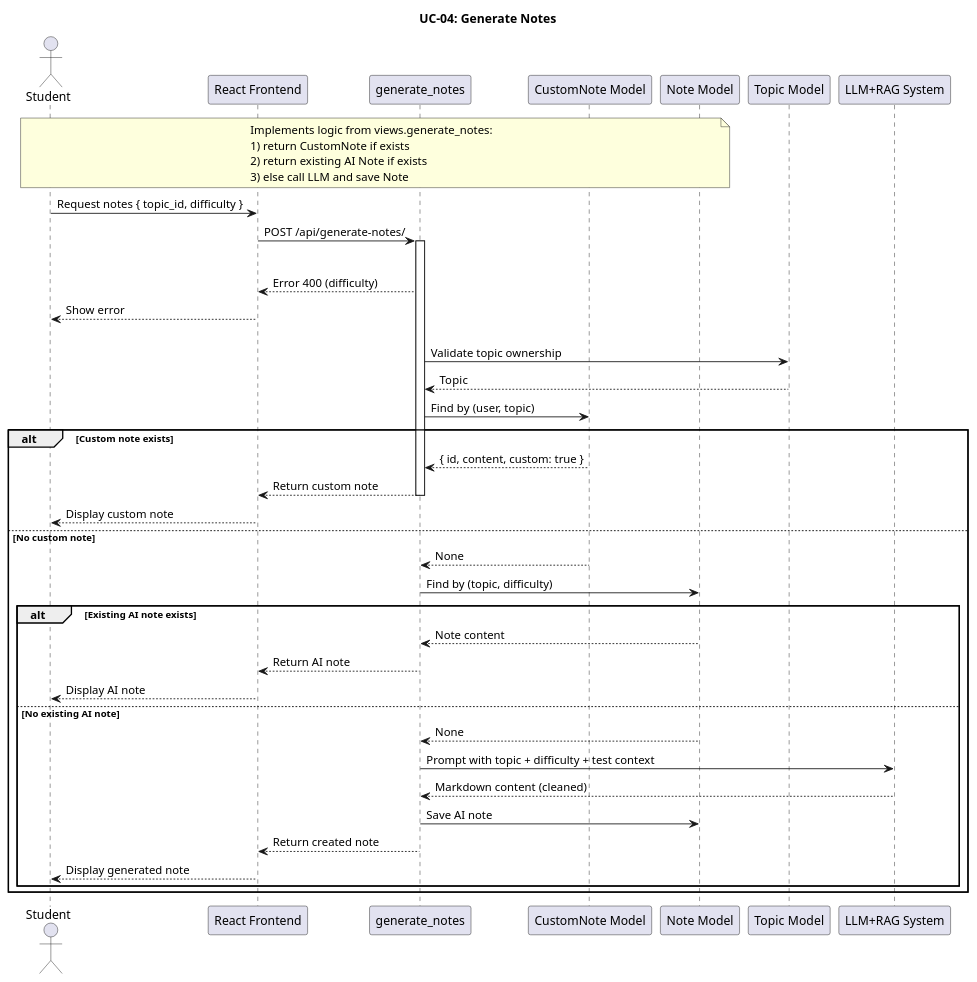
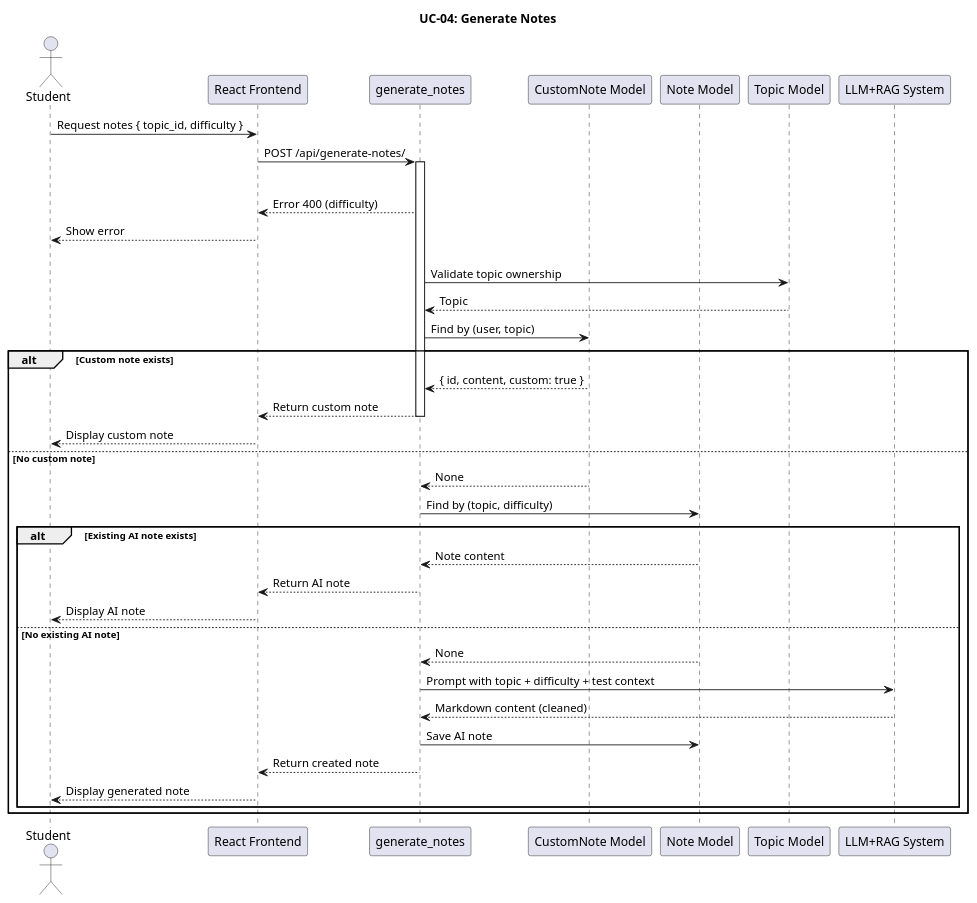
Before and after one commit to MMMustafakamran/SDs: the diagram in planttext/uc04-generate-notes.puml, drawn with PlantUML. The commit also changed 15 other files, not shown here.

```diff
--- a/planttext/uc04-generate-notes.puml
+++ b/planttext/uc04-generate-notes.puml
@@ -1,70 +1,64 @@
 @startuml
 title UC-04: Generate Notes
 
 actor Student
 participant Frontend as "React Frontend"
 participant NotesAPI as "generate_notes"
 participant CustomNote as "CustomNote Model"
 participant Note as "Note Model"
 participant Topic as "Topic Model"
 participant LLM as "LLM+RAG System"
 
-note over Student, Note
-Implements logic from views.generate_notes:
-1) return CustomNote if exists
-2) return existing AI Note if exists
-3) else call LLM and save Note
-end note
 
 '======================
 ' Request notes for a topic
 '======================
 Student -> Frontend : Request notes { topic_id, difficulty }
 Frontend -> NotesAPI : POST /api/generate-notes/
 activate NotesAPI
 
 alt Invalid difficulty
     NotesAPI --> Frontend : Error 400 (difficulty)
     Frontend --> Student : Show error
 else Valid difficulty
     NotesAPI -> Topic : Validate topic ownership
     Topic --> NotesAPI : Topic
 
 '======================
 ' Check custom note
 '======================
 NotesAPI -> CustomNote : Find by (user, topic)
 alt Custom note exists
     CustomNote --> NotesAPI : { id, content, custom: true }
     NotesAPI --> Frontend : Return custom note
     deactivate NotesAPI
     Frontend --> Student : Display custom note
 else No custom note
     CustomNote --> NotesAPI : None
 
     '======================
     ' Check existing AI note
     '======================
     NotesAPI -> Note : Find by (topic, difficulty)
     alt Existing AI note exists
         Note --> NotesAPI : Note content
         NotesAPI --> Frontend : Return AI note
         deactivate NotesAPI
         Frontend --> Student : Display AI note
     else No existing AI note
         Note --> NotesAPI : None
 
         '======================
         ' Generate via LLM
         '======================
         NotesAPI -> LLM : Prompt with topic + difficulty + test context
         LLM --> NotesAPI : Markdown content (cleaned)
         NotesAPI -> Note : Save AI note
         NotesAPI --> Frontend : Return created note
         deactivate NotesAPI
         Frontend --> Student : Display generated note
     end
 end
 
 
 @enduml
```
